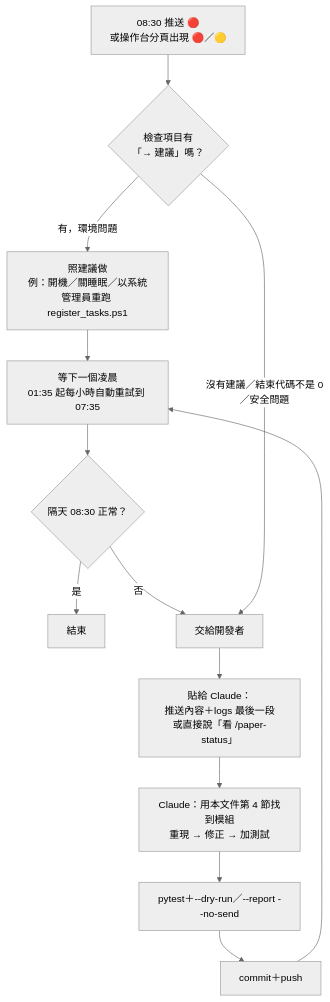
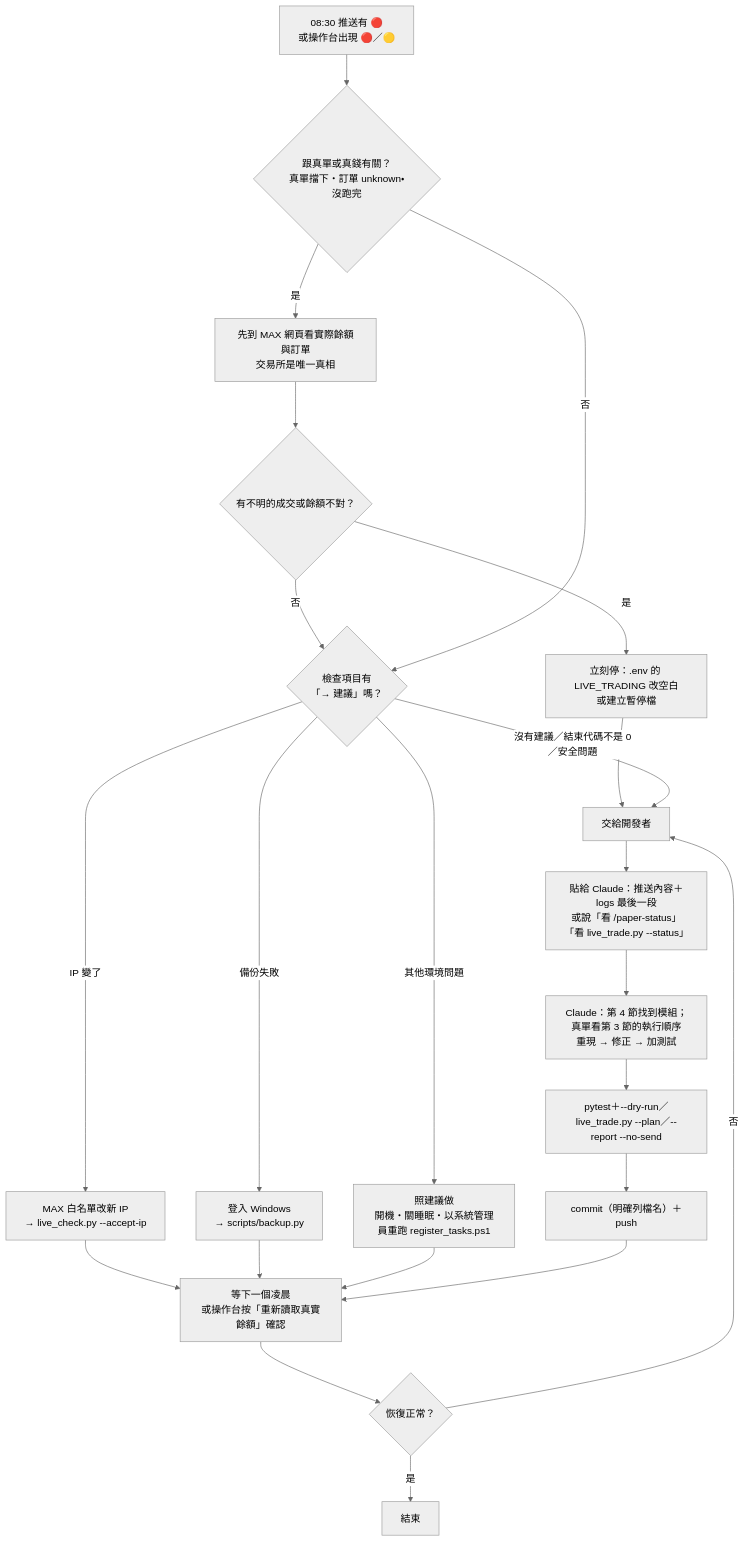
One commit to ShanHugo/Crypto_agent changed the third of 3 diagrams in docs/ARCHITECTURE.md. Above: the diagram before and after it, drawn with Mermaid (neutral theme). The commit also changed other lines of this file and 3 other files, not shown here.

First line of the commit message:
Docs: bring the ops flowcharts up to date with live trading

````diff
--- a/docs/ARCHITECTURE.md
+++ b/docs/ARCHITECTURE.md
@@ -114,15 +152,21 @@
 ```mermaid
 flowchart TD
-  A[08:30 推送 🔴<br/>或操作台分頁出現 🔴／🟡] --> B{檢查項目有<br/>「→ 建議」嗎？}
-  B -- 有，環境問題 --> C[照建議做<br/>例：開機／關睡眠／以系統管理員重跑 register_tasks.ps1]
-  C --> D[等下一個凌晨<br/>01:35 起每小時自動重試到 07:35]
-  D --> E{隔天 08:30 正常？}
+  A[08:30 推送有 🔴<br/>或操作台出現 🔴／🟡] --> T{跟真單或真錢有關？<br/>真單擋下・訂單 unknown・沒跑完}
+  T -- 是 --> T1[先到 MAX 網頁看實際餘額與訂單<br/>交易所是唯一真相]
+  T1 --> T2{有不明的成交或餘額不對？}
+  T2 -- 是 --> STOP[立刻停：.env 的 LIVE_TRADING 改空白<br/>或建立暫停檔] --> F
+  T2 -- 否 --> B
+  T -- 否 --> B{檢查項目有<br/>「→ 建議」嗎？}
+  B -- IP 變了 --> IP[MAX 白名單改新 IP<br/>→ live_check.py --accept-ip]
+  B -- 備份失敗 --> BKF[登入 Windows<br/>→ scripts/backup.py]
+  B -- 其他環境問題 --> C[照建議做<br/>開機・關睡眠・以系統管理員重跑 register_tasks.ps1]
+  IP & BKF & C --> D[等下一個凌晨<br/>或操作台按「重新讀取真實餘額」確認]
+  D --> E{恢復正常？}
   E -- 是 --> Z[結束]
   E -- 否 --> F
   B -- 沒有建議／結束代碼不是 0<br/>／安全問題 --> F[交給開發者]
-  F --> G[貼給 Claude：<br/>推送內容＋logs 最後一段<br/>或直接說「看 /paper-status」]
-  G --> H[Claude：用本文件第 4 節找到模組<br/>重現 → 修正 → 加測試]
-  H --> I[pytest＋--dry-run／--report --no-send]
-  I --> J[commit＋push]
-  J --> D
+  F --> G[貼給 Claude：推送內容＋logs 最後一段<br/>或說「看 /paper-status」「看 live_trade.py --status」]
+  G --> H[Claude：第 4 節找到模組；真單看第 3 節的執行順序<br/>重現 → 修正 → 加測試]
+  H --> I[pytest＋--dry-run／live_trade.py --plan／--report --no-send]
+  I --> J[commit（明確列檔名）＋push] --> D
 ```
````
